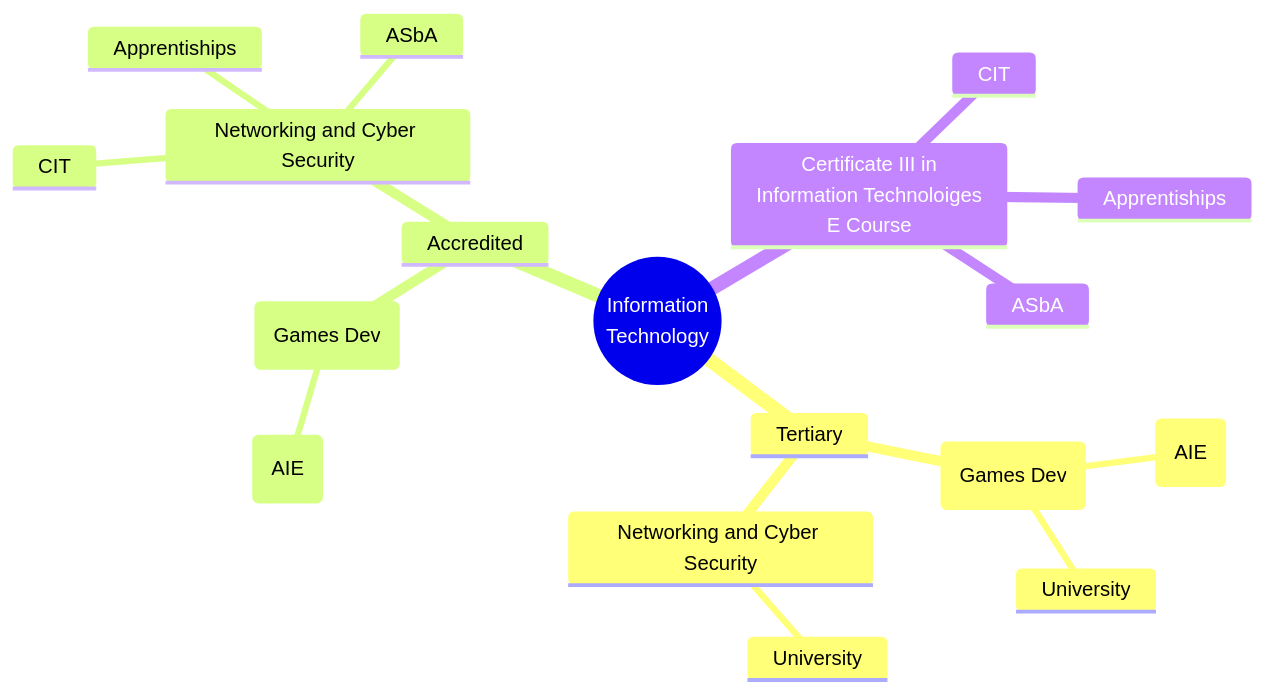
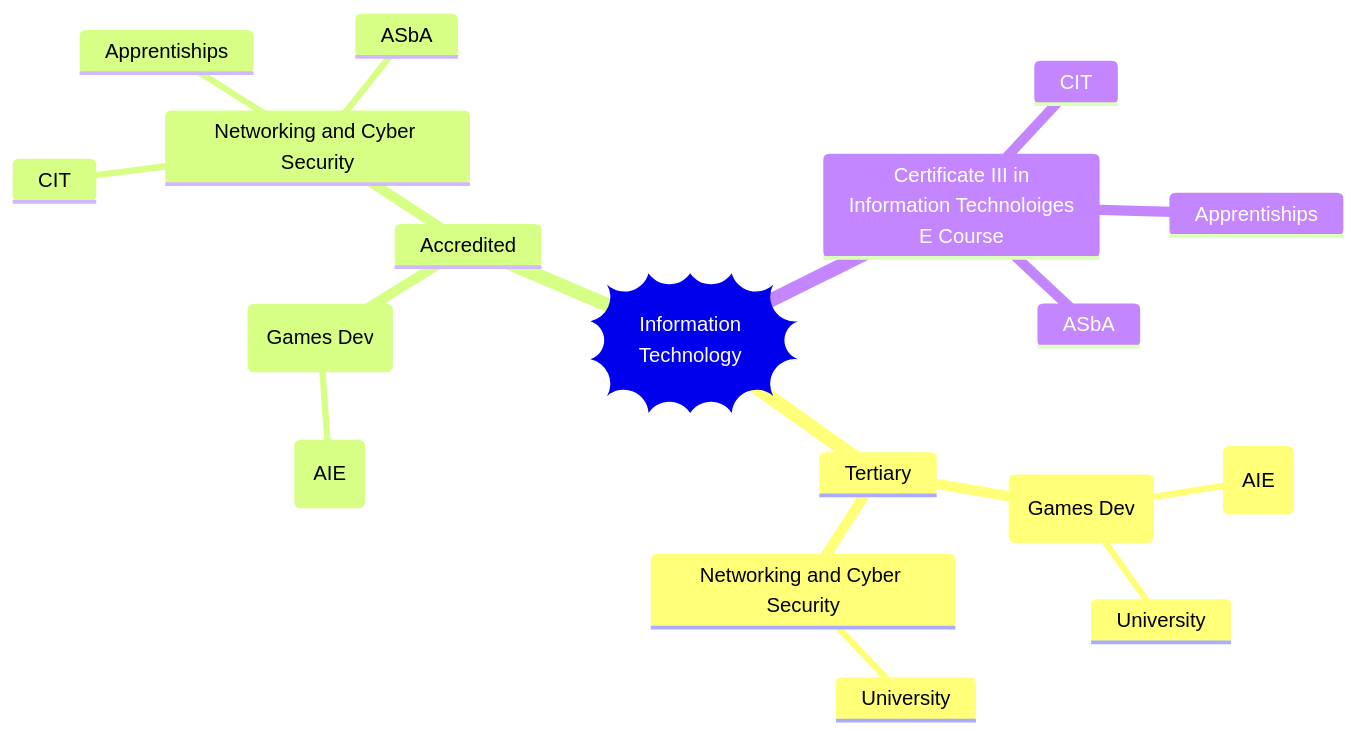
The diagram in Holocron Front Page.md (Lake-Tuggeranong-College/Holocron), drawn with Mermaid before and after one commit. The commit also changed other lines of this file, not shown here.

````diff
--- a/Holocron Front Page.md
+++ b/Holocron Front Page.md
@@ -20,21 +17,21 @@
 ```mermaid
 mindmap
-	root((Information<br>Technology))
+	root))Information<br>Technology((
 		Tertiary
 			Digital Technologies<br>(Games Dev)
 				Academy of Interactive Development (AIE)
 				University
 			Networking and Cyber Security
 				University
 		Accredited
 			Digital Technologies<br>(Games Dev)
 				Academy of Interactive Development (AIE)
 			Networking and Cyber Security
 				CIT
 				Apprentiships
 				ASbA
 		Certificate III in<br>Information Technoloiges<br>E Course
 			CIT
 			Apprentiships
 			ASbA
 ```
````
